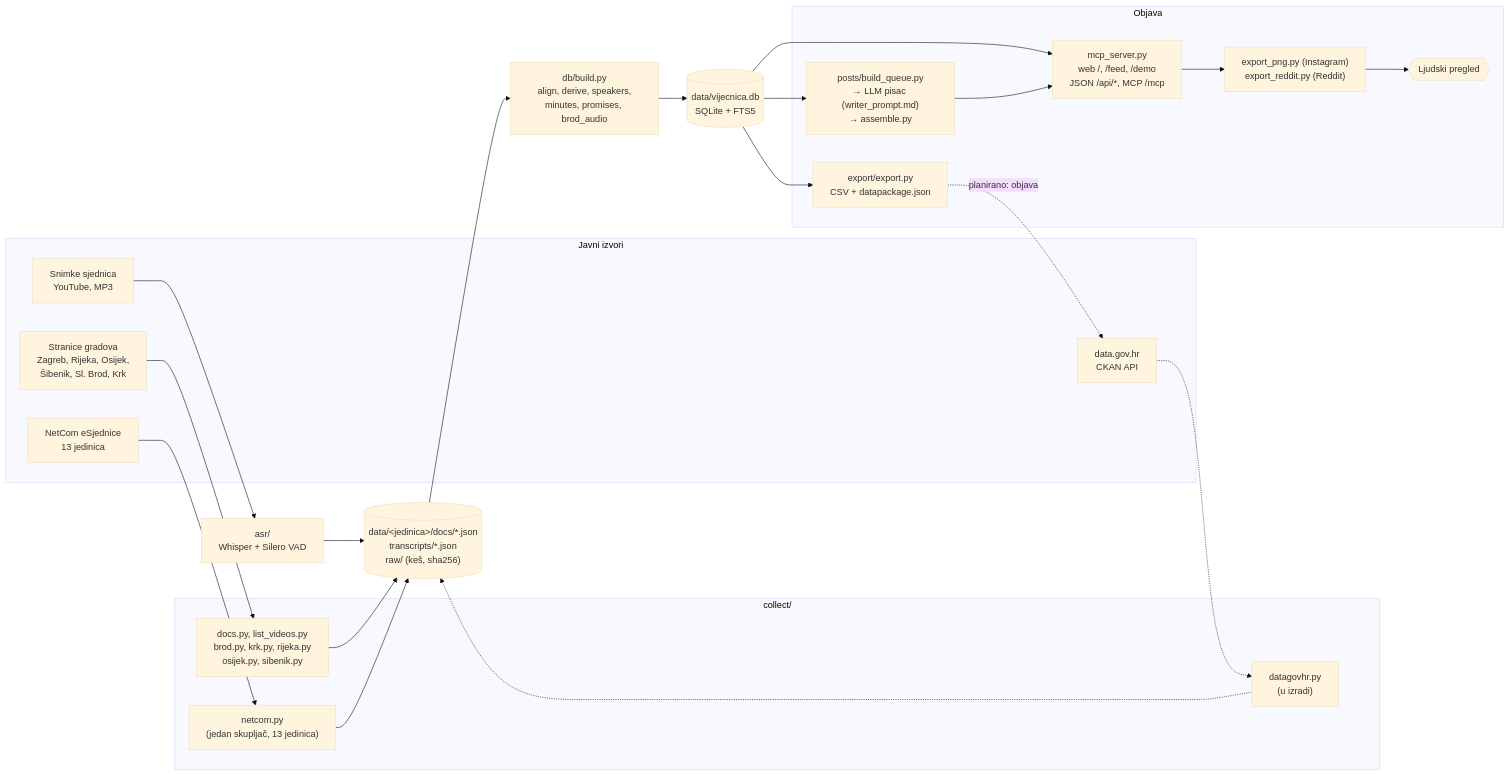
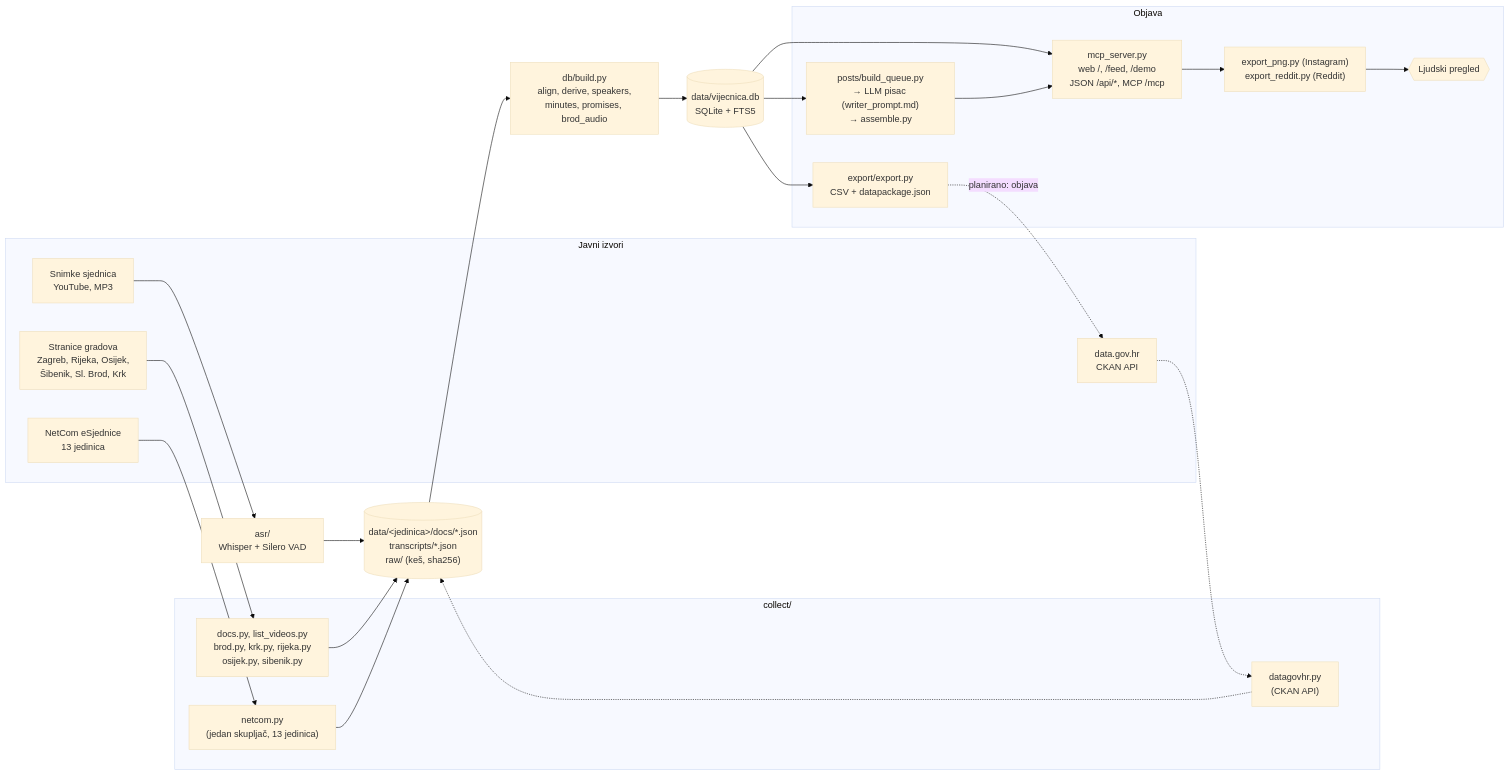
Before and after one commit to frenki1004/vijecnica: the diagram in ARHITEKTURA.md, drawn with Mermaid (base theme). The commit also changed other lines of this file and 3 other files, not shown here.

````diff
--- a/ARHITEKTURA.md
+++ b/ARHITEKTURA.md
@@ -18,43 +18,43 @@
 ```mermaid
 flowchart LR
   subgraph Izvori["Javni izvori"]
     W["Stranice gradova<br/>Zagreb, Rijeka, Osijek,<br/>Šibenik, Sl. Brod, Krk"]
     N["NetCom eSjednice<br/>13 jedinica"]
     Y["Snimke sjednica<br/>YouTube, MP3"]
     D["data.gov.hr<br/>CKAN API"]
   end
 
   subgraph Prikupljanje["collect/"]
     C1["docs.py, list_videos.py<br/>brod.py, krk.py, rijeka.py<br/>osijek.py, sibenik.py"]
     C2["netcom.py<br/>(jedan skupljač, 13 jedinica)"]
-    C3["datagovhr.py<br/>(u izradi)"]
+    C3["datagovhr.py<br/>(CKAN API)"]
   end
 
   ASR["asr/<br/>Whisper + Silero VAD"]
   J[("data/&lt;jedinica&gt;/docs/*.json<br/>transcripts/*.json<br/>raw/ (keš, sha256)")]
   B["db/build.py<br/>align, derive, speakers,<br/>minutes, promises, brod_audio"]
   DB[("data/vijecnica.db<br/>SQLite + FTS5")]
 
   subgraph Objava
     S["mcp_server.py<br/>web /, /feed, /demo<br/>JSON /api/*, MCP /mcp"]
     E["export/export.py<br/>CSV + datapackage.json"]
     P["posts/build_queue.py<br/>→ LLM pisac (writer_prompt.md)<br/>→ assemble.py"]
     O["export_png.py (Instagram)<br/>export_reddit.py (Reddit)"]
     H{{"Ljudski pregled"}}
   end
 
   W --> C1
   N --> C2
   D -.-> C3
   Y --> ASR
   C1 --> J
   C2 --> J
   C3 -.-> J
   ASR --> J
   J --> B --> DB
   DB --> S
   DB --> E
   DB --> P --> S
   S --> O --> H
   E -. "planirano: objava" .-> D
 ```
````
